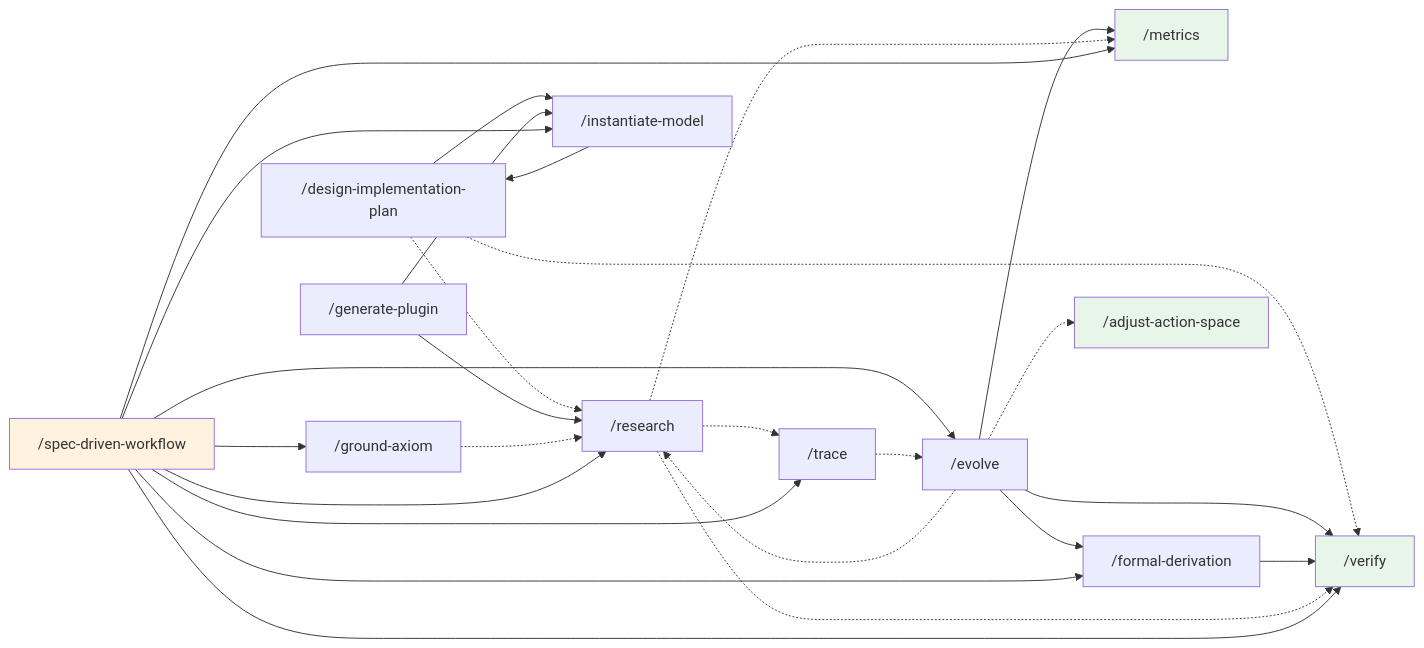
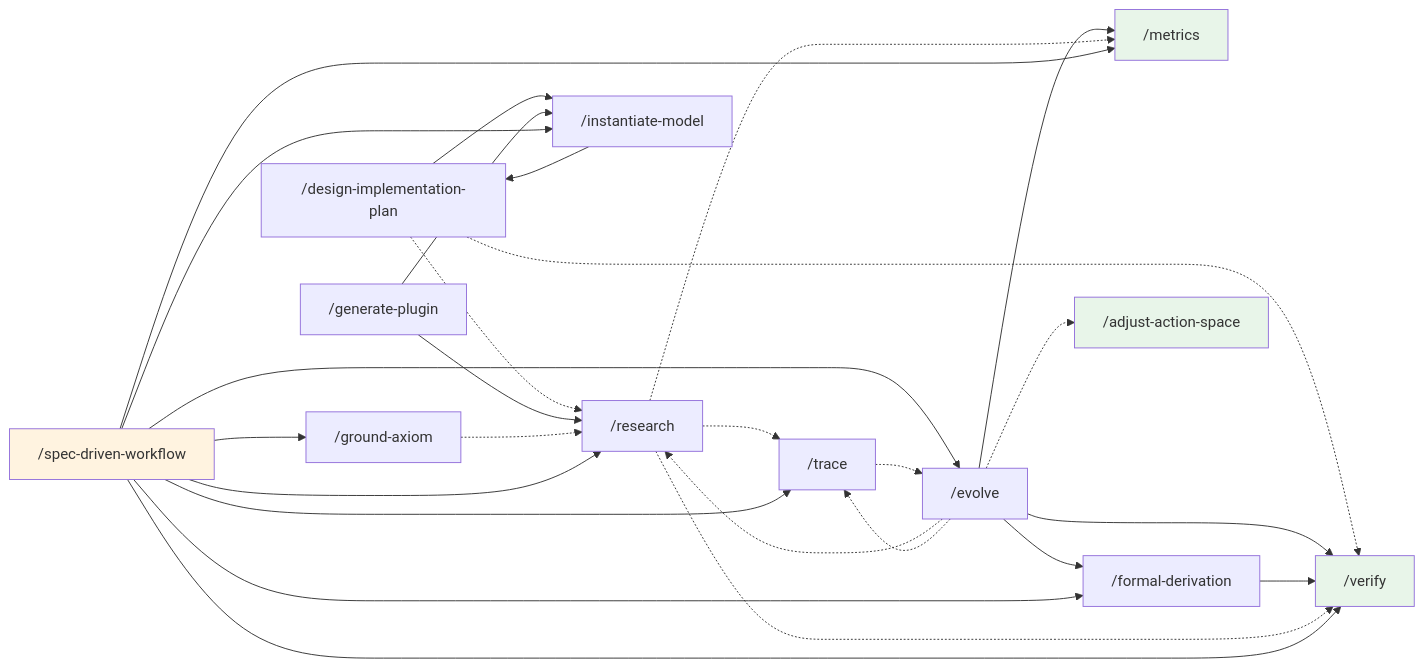
The diagram in README.md (niraiarin/agent-manifesto), drawn with Mermaid before and after one commit. The commit also changed other lines of this file, not shown here.

First line of the commit message:
README 更新 — トレーサビリティ 4+層、hook 18個、393テスト、evolve→trace 依存 (conservative extension)

````diff
--- a/README.md
+++ b/README.md
@@ -106,33 +106,34 @@
 ```mermaid
 graph LR
   design_implementation_plan["/design-implementation-plan"] -.-> research["/research"]
   design_implementation_plan["/design-implementation-plan"] -.-> verify["/verify"]
   design_implementation_plan["/design-implementation-plan"] --> instantiate_model["/instantiate-model"]
   evolve["/evolve"] --> metrics["/metrics"]
   evolve["/evolve"] --> verify["/verify"]
   evolve["/evolve"] --> formal_derivation["/formal-derivation"]
   evolve["/evolve"] -.-> adjust_action_space["/adjust-action-space"]
   evolve["/evolve"] -.-> research["/research"]
+  evolve["/evolve"] -.-> trace["/trace"]
   formal_derivation["/formal-derivation"] --> verify["/verify"]
   generate_plugin["/generate-plugin"] --> research["/research"]
   generate_plugin["/generate-plugin"] --> instantiate_model["/instantiate-model"]
   ground_axiom["/ground-axiom"] -.-> research["/research"]
   instantiate_model["/instantiate-model"] --> design_implementation_plan["/design-implementation-plan"]
   research["/research"] -.-> verify["/verify"]
   research["/research"] -.-> trace["/trace"]
   research["/research"] -.-> metrics["/metrics"]
   spec_driven_workflow["/spec-driven-workflow"] --> instantiate_model["/instantiate-model"]
   spec_driven_workflow["/spec-driven-workflow"] --> research["/research"]
   spec_driven_workflow["/spec-driven-workflow"] --> formal_derivation["/formal-derivation"]
   spec_driven_workflow["/spec-driven-workflow"] --> trace["/trace"]
   spec_driven_workflow["/spec-driven-workflow"] --> verify["/verify"]
   spec_driven_workflow["/spec-driven-workflow"] --> metrics["/metrics"]
   spec_driven_workflow["/spec-driven-workflow"] --> ground_axiom["/ground-axiom"]
   spec_driven_workflow["/spec-driven-workflow"] --> evolve["/evolve"]
   trace["/trace"] -.-> evolve["/evolve"]
 
   style metrics fill:#e8f5e9
   style verify fill:#e8f5e9
   style adjust_action_space fill:#e8f5e9
   style spec_driven_workflow fill:#fff3e0
 ```
````
